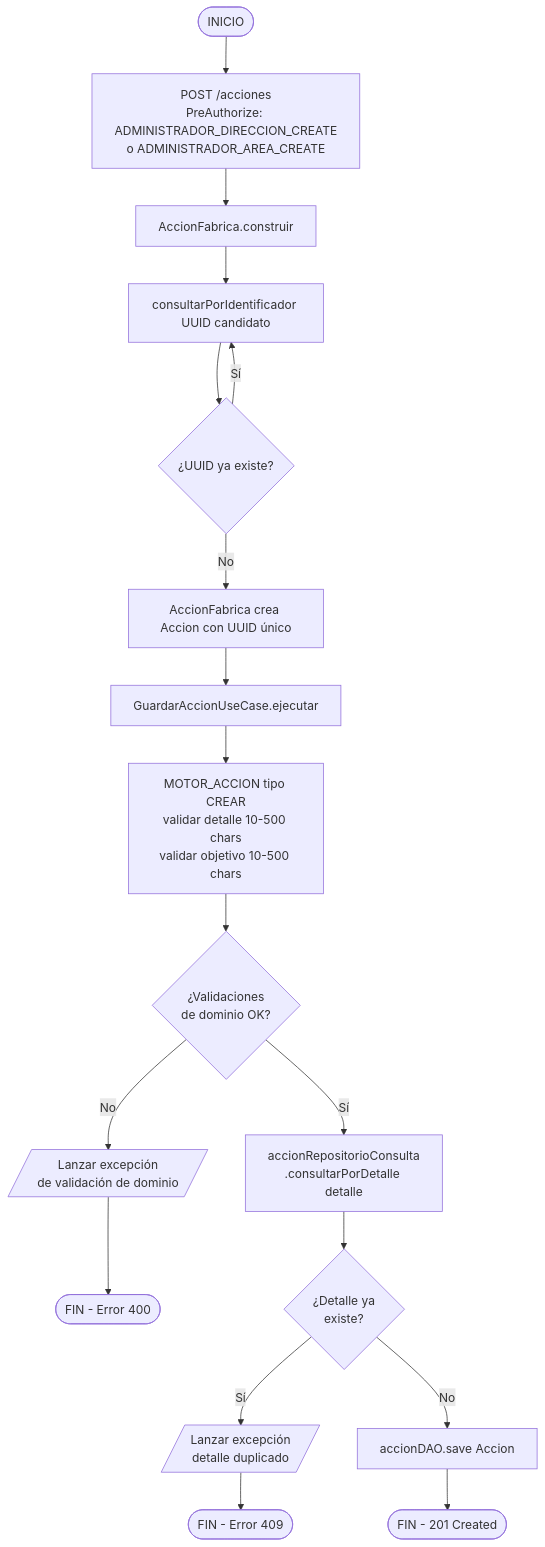
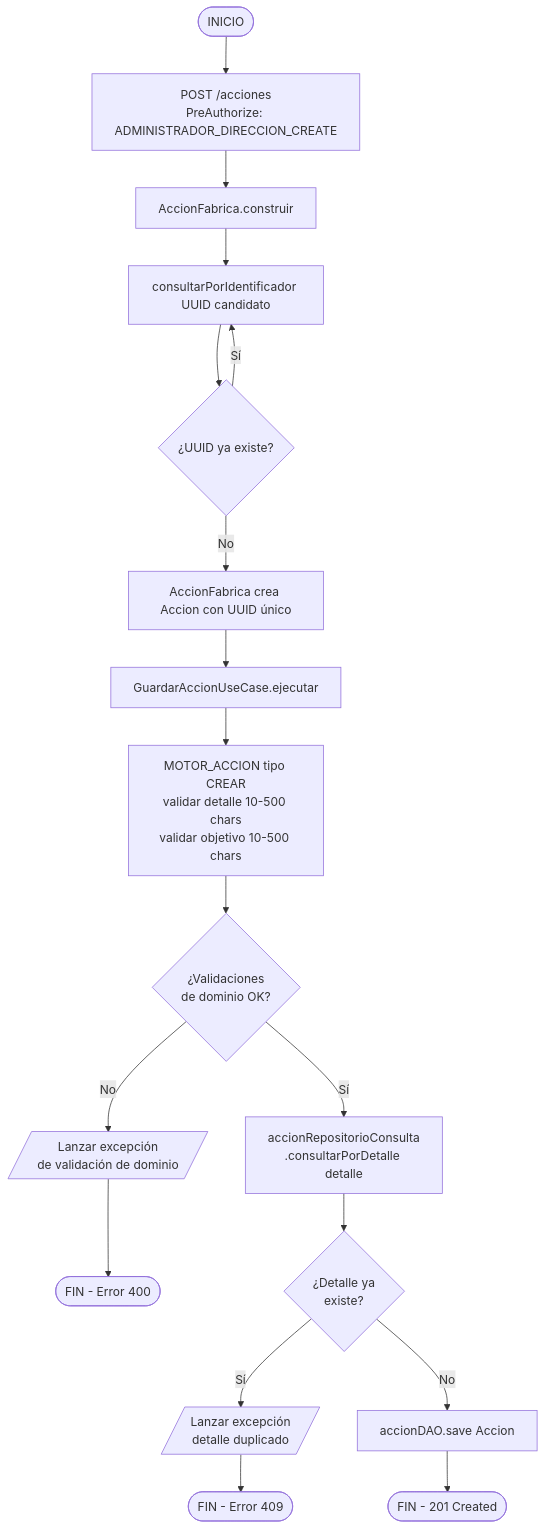
Before and after one commit to sibeuco/DocumentacionSibe: the ninth of 22 diagrams in docs/artifacts/17.flujo_de_transacciones_en_diagramas_de_actividades.md, drawn with Mermaid. The commit also changed other lines of this file and 9 other files, not shown here.

````diff
--- a/docs/artifacts/17.flujo_de_transacciones_en_diagramas_de_actividades.md
+++ b/docs/artifacts/17.flujo_de_transacciones_en_diagramas_de_actividades.md
@@ -512,20 +510,20 @@
 ```mermaid
 flowchart TD
-    A([INICIO]) --> B[POST /acciones\nPreAuthorize: ADMINISTRADOR_DIRECCION_CREATE\no ADMINISTRADOR_AREA_CREATE]
+    A([INICIO]) --> B["POST /acciones\nPreAuthorize: ADMINISTRADOR_DIRECCION_CREATE"]
     B --> C[AccionFabrica.construir]
     C --> D[consultarPorIdentificador UUID candidato]
     D --> E{¿UUID ya existe?}
     E -- Sí --> D
     E -- No --> F[AccionFabrica crea Accion con UUID único]
     F --> G[GuardarAccionUseCase.ejecutar]
     G --> H[MOTOR_ACCION tipo CREAR\nvalidar detalle 10-500 chars\nvalidar objetivo 10-500 chars]
     H --> I{¿Validaciones\nde dominio OK?}
     I -- No --> ERR1[/Lanzar excepción\nde validación de dominio/]
     ERR1 --> Z([FIN - Error 400])
     I -- Sí --> J[accionRepositorioConsulta\n.consultarPorDetalle detalle]
     J --> K{¿Detalle ya\nexiste?}
     K -- Sí --> ERR2[/Lanzar excepción\ndetalle duplicado/]
     ERR2 --> Z2([FIN - Error 409])
     K -- No --> L[accionDAO.save Accion]
     L --> M([FIN - 201 Created])
 ```
````
